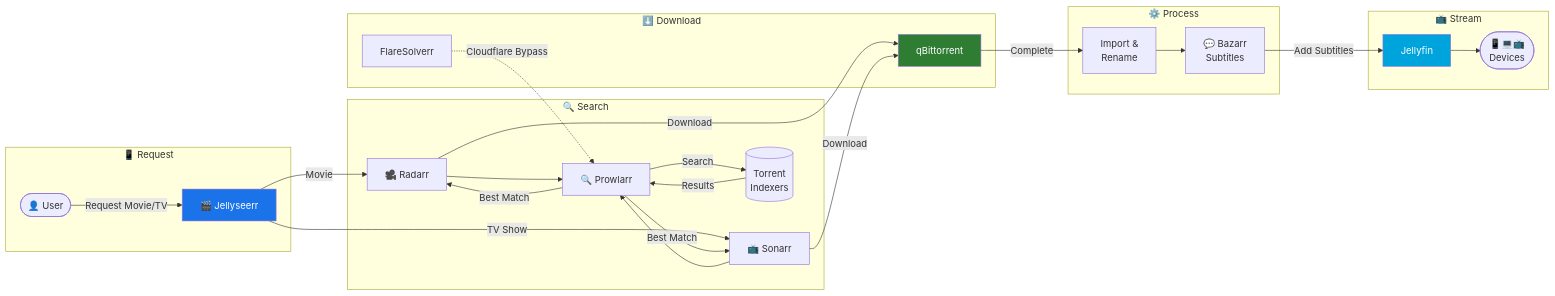
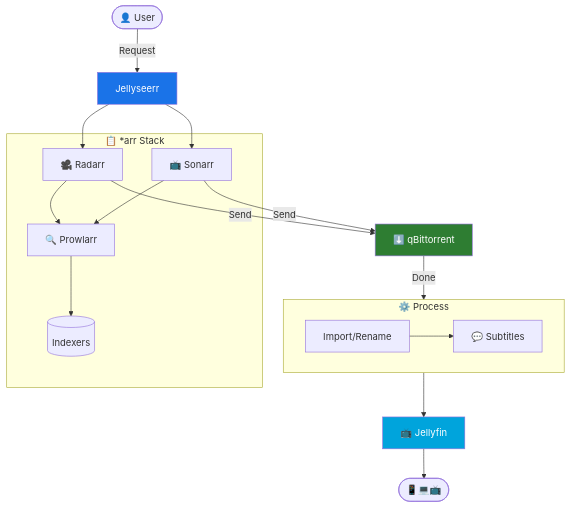
The second of 4 diagrams in docs-site/src/content/docs/guides/introduction.mdx (Mykyta-Home-Server/homeserver), drawn with Mermaid before and after one commit. The commit also changed other lines of this file and 1 other file, not shown here.

First line of the commit message:
Redesign Mermaid diagrams for compact square layouts

````diff
--- a/docs-site/src/content/docs/guides/introduction.mdx
+++ b/docs-site/src/content/docs/guides/introduction.mdx
@@ -97,50 +71,30 @@
 ```mermaid
-flowchart LR
-    subgraph Request["📱 Request"]
-        User([👤 User])
-        JS[🎬 Jellyseerr]
-    end
+flowchart TB
+    User([👤 User]) -->|Request| JS[Jellyseerr]
 
-    subgraph Search["🔍 Search"]
+    JS --> Radarr & Sonarr
+
+    subgraph Manage["📋 *arr Stack"]
         Radarr[🎥 Radarr]
         Sonarr[📺 Sonarr]
         Prowlarr[🔍 Prowlarr]
-        Indexers[(Torrent<br/>Indexers)]
+        Radarr & Sonarr --> Prowlarr
+        Prowlarr --> Indexers[(Indexers)]
     end
 
-    subgraph Download["⬇️ Download"]
-        QB[qBittorrent]
-        FS[FlareSolverr]
+    Radarr & Sonarr -->|Send| QB[⬇️ qBittorrent]
+
+    QB -->|Done| Process
+
+    subgraph Process["⚙️ Process"]
+        Import[Import/Rename]
+        Bazarr[💬 Subtitles]
+        Import --> Bazarr
     end
 
-    subgraph Process["⚙️ Process"]
-        Import[Import &<br/>Rename]
-        Bazarr[💬 Bazarr<br/>Subtitles]
-    end
-
-    subgraph Stream["📺 Stream"]
-        JF[Jellyfin]
-        Devices([📱💻📺<br/>Devices])
-    end
-
-    User -->|Request Movie/TV| JS
-    JS -->|Movie| Radarr
-    JS -->|TV Show| Sonarr
-    Radarr --> Prowlarr
-    Sonarr --> Prowlarr
-    Prowlarr -->|Search| Indexers
-    Indexers -->|Results| Prowlarr
-    Prowlarr -->|Best Match| Radarr
-    Prowlarr -->|Best Match| Sonarr
-    Radarr -->|Download| QB
-    Sonarr -->|Download| QB
-    FS -.->|Cloudflare Bypass| Prowlarr
-    QB -->|Complete| Import
-    Import --> Bazarr
-    Bazarr -->|Add Subtitles| JF
-    JF --> Devices
+    Process --> JF[📺 Jellyfin] --> Devices([📱💻📺])
 
     style JS fill:#1a73e8,color:#fff
     style JF fill:#00a4dc,color:#fff
     style QB fill:#2e7d32,color:#fff
 ```
````
